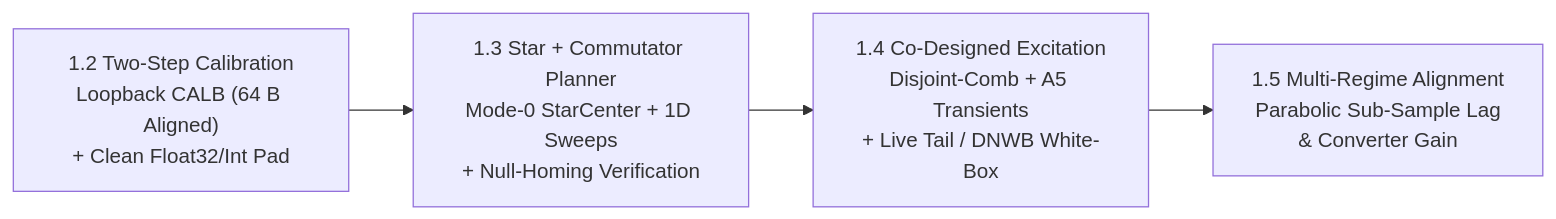
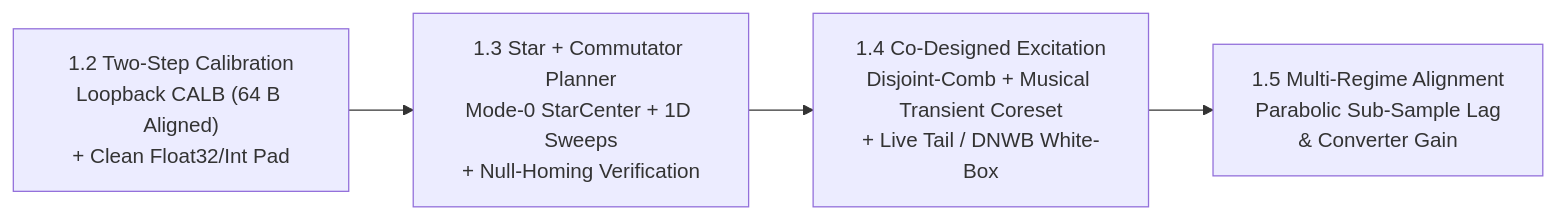
One commit to mokugen/dnam changed the diagram in docs/specs/training/capture_and_alignment.md. Above: the diagram before and after it, drawn with Mermaid. The commit also changed other lines of this file and 11 other files, not shown here.

````diff
--- a/docs/specs/training/capture_and_alignment.md
+++ b/docs/specs/training/capture_and_alignment.md
@@ -31,6 +31,6 @@
 ```mermaid
 flowchart LR
     Calib["1.2 Two-Step Calibration<br/>Loopback CALB (64 B Aligned)<br/>+ Clean Float32/Int Pad"] --> Plan["1.3 Star + Commutator Planner<br/>Mode-0 StarCenter + 1D Sweeps<br/>+ Null-Homing Verification"]
-    Plan --> Excite["1.4 Co-Designed Excitation<br/>Disjoint-Comb + A5 Transients<br/>+ Live Tail / DNWB White-Box"]
+    Plan --> Excite["1.4 Co-Designed Excitation<br/>Disjoint-Comb + Musical Transient Coreset<br/>+ Live Tail / DNWB White-Box"]
     Excite --> Align["1.5 Multi-Regime Alignment<br/>Parabolic Sub-Sample Lag<br/>& Converter Gain"]
 ```
````
